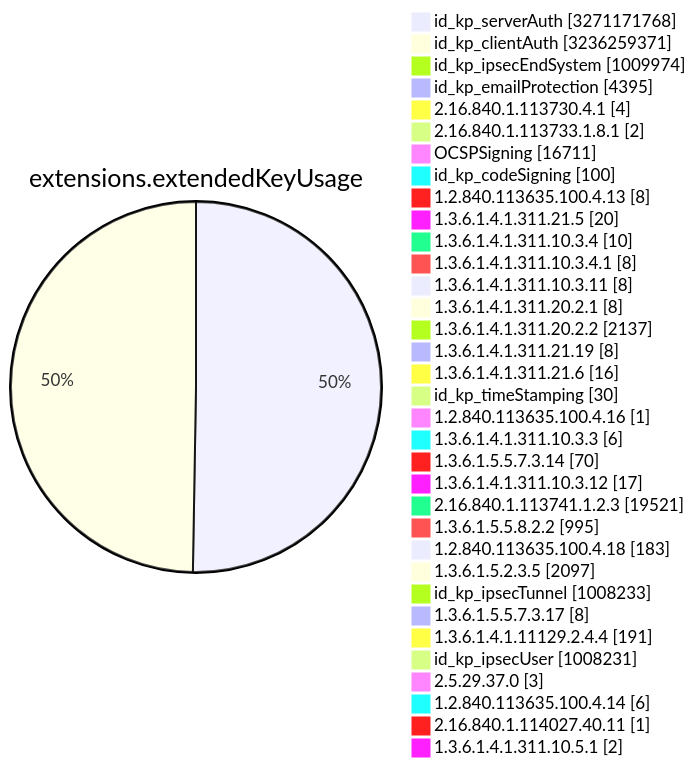
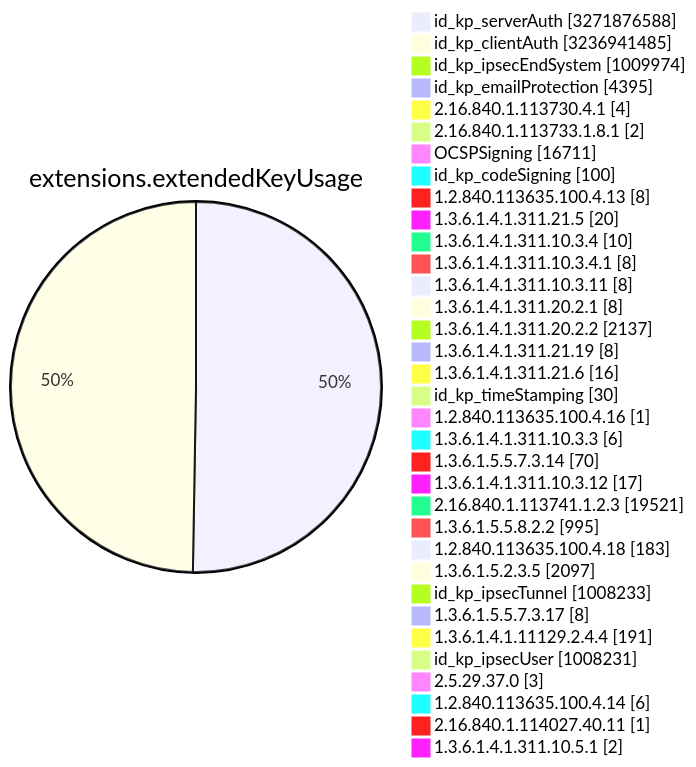
Diagram 11 of 15 in TOTAL/README.md (christiankrug/ctmonitor_visualization), drawn with Mermaid before and after one commit. The commit also changed other lines of this file, not shown here.

````diff
--- a/TOTAL/README.md
+++ b/TOTAL/README.md
@@ -4119,38 +4119,38 @@
 ```mermaid
 pie showData
 title extensions.extendedKeyUsage
-"id_kp_serverAuth" :3271171768
-"id_kp_clientAuth" :3236259371
+"id_kp_serverAuth" :3271876588
+"id_kp_clientAuth" :3236941485
 "id_kp_ipsecEndSystem" :1009974
 "id_kp_emailProtection" :4395
 "2.16.840.1.113730.4.1" :4
 "2.16.840.1.113733.1.8.1" :2
 "OCSPSigning" :16711
 "id_kp_codeSigning" :100
 "1.2.840.113635.100.4.13" :8
 "1.3.6.1.4.1.311.21.5" :20
 "1.3.6.1.4.1.311.10.3.4" :10
 "1.3.6.1.4.1.311.10.3.4.1" :8
 "1.3.6.1.4.1.311.10.3.11" :8
 "1.3.6.1.4.1.311.20.2.1" :8
 "1.3.6.1.4.1.311.20.2.2" :2137
 "1.3.6.1.4.1.311.21.19" :8
 "1.3.6.1.4.1.311.21.6" :16
 "id_kp_timeStamping" :30
 "1.2.840.113635.100.4.16" :1
 "1.3.6.1.4.1.311.10.3.3" :6
 "1.3.6.1.5.5.7.3.14" :70
 "1.3.6.1.4.1.311.10.3.12" :17
 "2.16.840.1.113741.1.2.3" :19521
 "1.3.6.1.5.5.8.2.2" :995
 "1.2.840.113635.100.4.18" :183
 "1.3.6.1.5.2.3.5" :2097
 "id_kp_ipsecTunnel" :1008233
 "1.3.6.1.5.5.7.3.17" :8
 "1.3.6.1.4.1.11129.2.4.4" :191
 "id_kp_ipsecUser" :1008231
 "2.5.29.37.0" :3
 "1.2.840.113635.100.4.14" :6
 "2.16.840.1.114027.40.11" :1
 "1.3.6.1.4.1.311.10.5.1" :2
 ```
````
